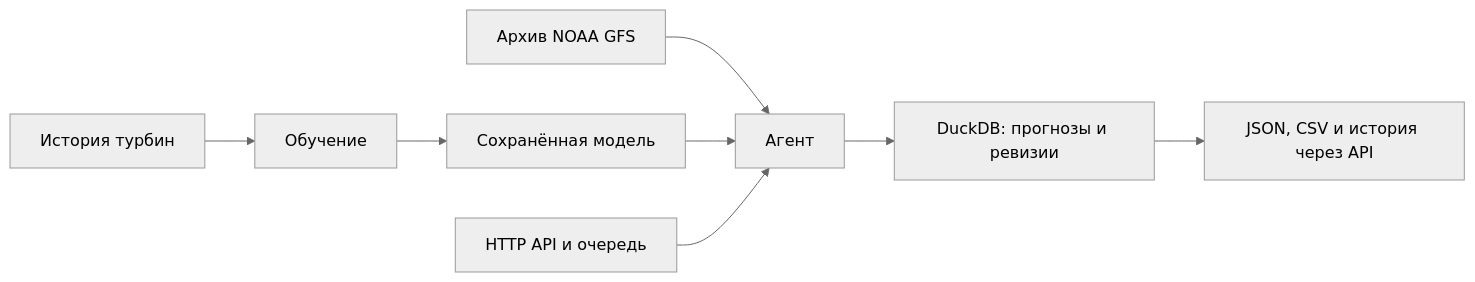
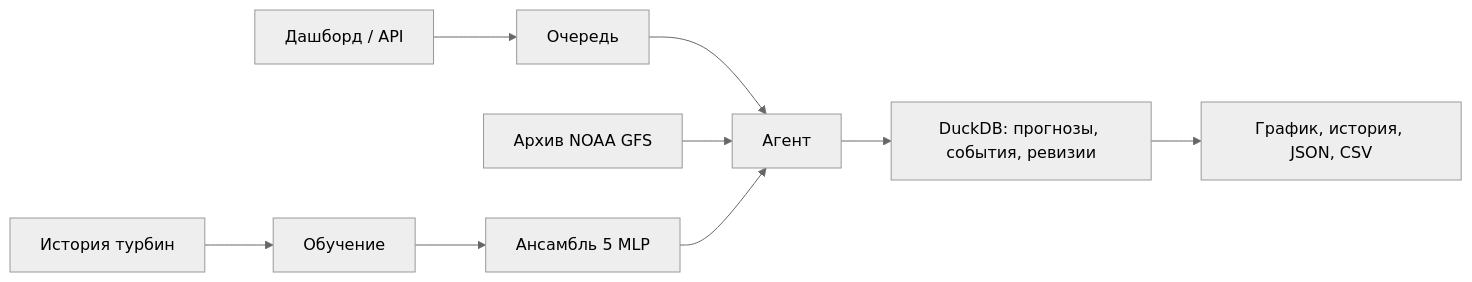
Before and after one commit to BAITC-Hacks/hack-575875e7-rentbox: the diagram in README.md, drawn with Mermaid (neutral theme). The commit also changed other lines of this file and 2 other files, not shown here.

````diff
--- a/README.md
+++ b/README.md
@@ -300,9 +144,9 @@
 ```mermaid
 flowchart LR
-    H["История турбин"] --> T["Обучение"] --> M["Сохранённая модель"]
-    W["Архив NOAA GFS"] --> A["Агент"]
+    H["История турбин"] --> T["Обучение"] --> M["Ансамбль 5 MLP"]
+    U["Дашборд / API"] --> Q["Очередь"] --> A["Агент"]
+    W["Архив NOAA GFS"] --> A
     M --> A
-    Q["HTTP API и очередь"] --> A
-    A --> D["DuckDB: прогнозы и ревизии"]
-    D --> R["JSON, CSV и история через API"]
+    A --> D["DuckDB: прогнозы, события, ревизии"]
+    D --> R["График, история, JSON, CSV"]
 ```
````
